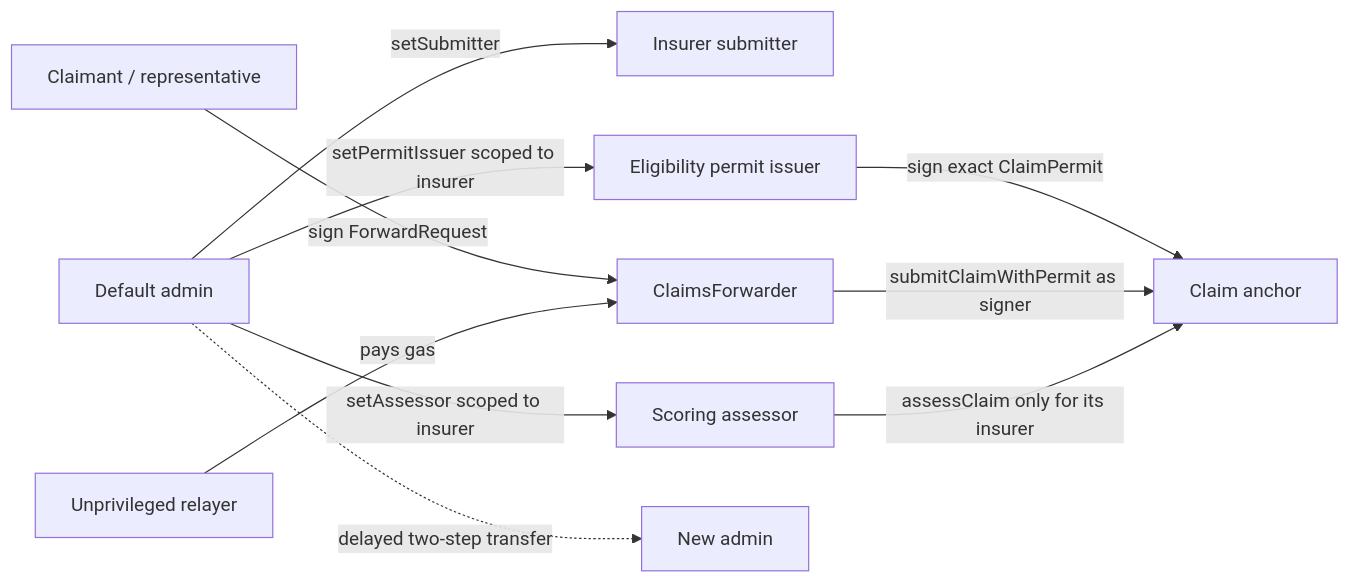
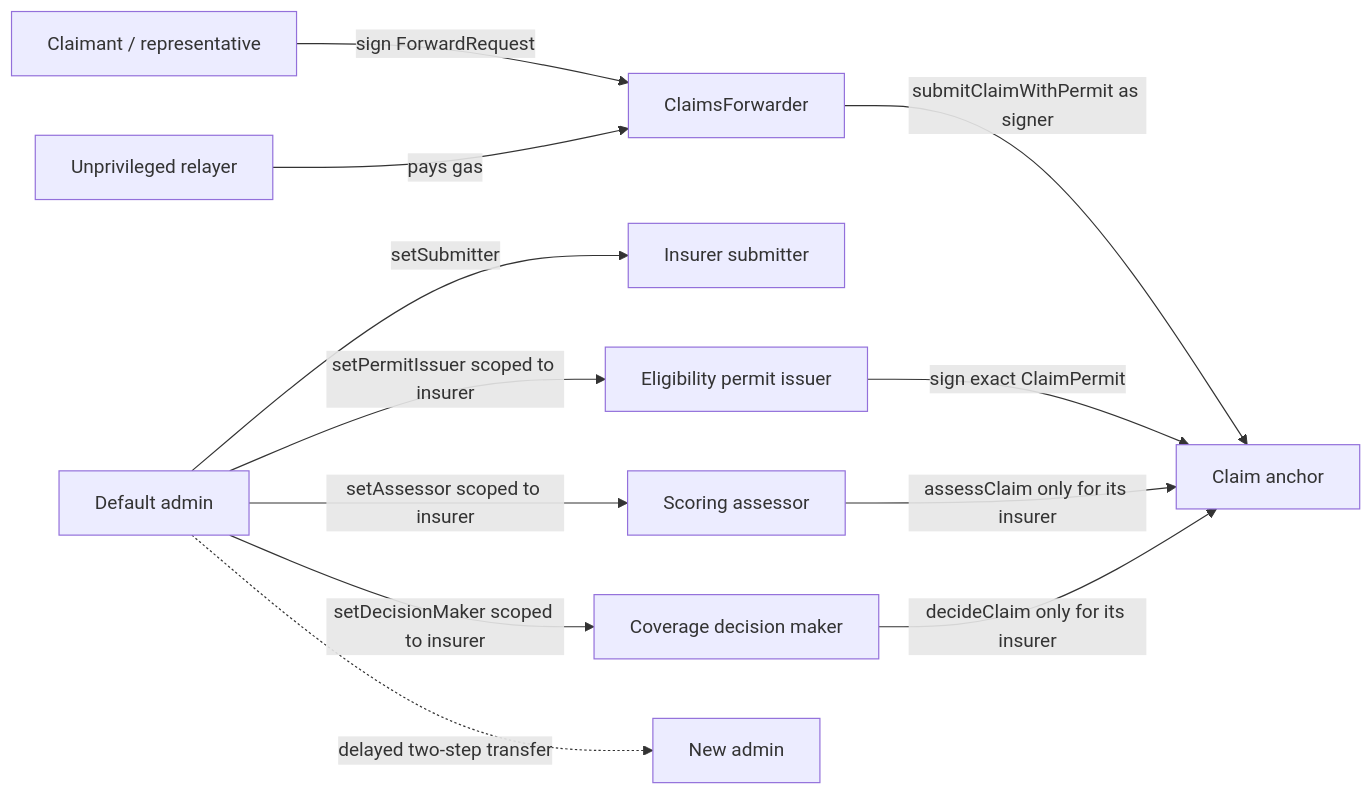
Before and after one commit to ganesh1997oli/Decentralized-Claims-Registry: the first of 2 diagrams in apps/contracts/README.md, drawn with Mermaid. The commit also changed other lines of this file and 64 other files, not shown here.

````diff
--- a/apps/contracts/README.md
+++ b/apps/contracts/README.md
@@ -12,12 +12,14 @@
 ```mermaid
 flowchart LR
     Admin["Default admin"] -->|"setSubmitter"| Submitter["Insurer submitter"]
     Admin -->|"setPermitIssuer scoped to insurer"| Issuer["Eligibility permit issuer"]
     Admin -->|"setAssessor scoped to insurer"| Assessor["Scoring assessor"]
+    Admin -->|"setDecisionMaker scoped to insurer"| DecisionMaker["Coverage decision maker"]
     Claimant["Claimant / representative"] -->|"sign ForwardRequest"| Forwarder["ClaimsForwarder"]
     Issuer -->|"sign exact ClaimPermit"| Claim["Claim anchor"]
     Relayer["Unprivileged relayer"] -->|"pays gas"| Forwarder
     Forwarder -->|"submitClaimWithPermit as signer"| Claim
     Assessor -->|"assessClaim only for its insurer"| Claim
+    DecisionMaker -->|"decideClaim only for its insurer"| Claim
     Admin -. "delayed two-step transfer" .-> NewAdmin["New admin"]
 ```
````
